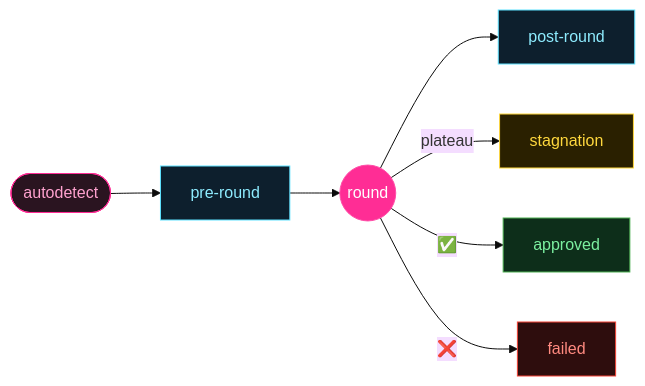
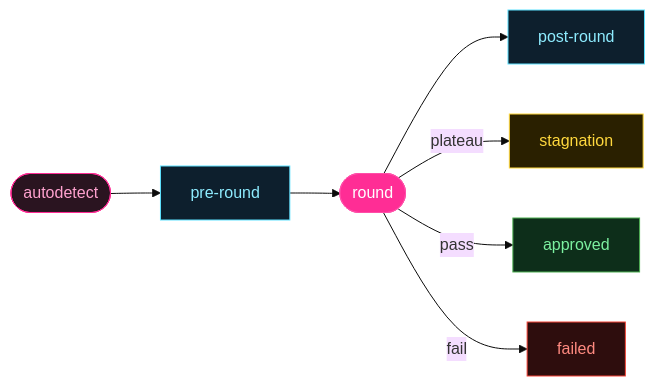
One commit to RazvanGabrielNiculae/picasso-claude-design-claude-code-bridge-loop changed the ninth of 9 diagrams in README.md. Above: the diagram before and after it, drawn with Mermaid (base theme). The commit also changed other lines of this file, not shown here.

First line of the commit message:
fix: resolve all remaining Mermaid render errors

````diff
--- a/README.md
+++ b/README.md
@@ -398,15 +403,15 @@
 ```mermaid
 flowchart LR
-    AD([autodetect]) --> PRE[pre-round] --> LOOP((round)) --> POST[post-round]
+    AD([autodetect]) --> PRE[pre-round] --> LOOP([round]) --> POST[post-round]
     LOOP -- plateau --> STAG[stagnation]
-    LOOP -- "✅" --> APP[approved]
-    LOOP -- "❌" --> FAIL[failed]
+    LOOP -- pass --> APP[approved]
+    LOOP -- fail --> FAIL[failed]
 
     style AD fill:#2a1420,stroke:#ff2d95,color:#ffa2cf
     style PRE fill:#0d1f2d,stroke:#5ce1ff,color:#8eecff
     style LOOP fill:#ff2d95,stroke:#ff4fa8,color:#fff
     style POST fill:#0d1f2d,stroke:#5ce1ff,color:#8eecff
     style STAG fill:#2a2000,stroke:#ffd83d,color:#ffd83d
     style APP fill:#0d2e1a,stroke:#4caf50,color:#7cf0a0
     style FAIL fill:#2e0d0d,stroke:#f44336,color:#ff8a80
 ```
````
